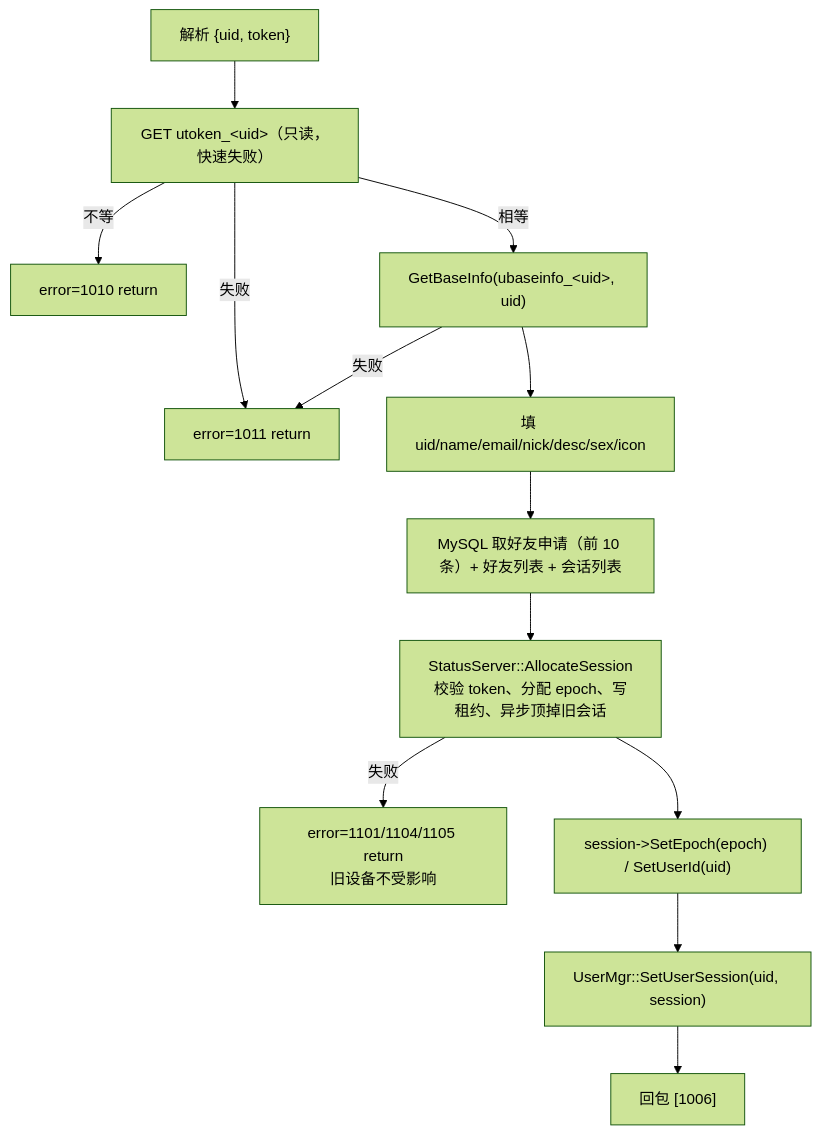
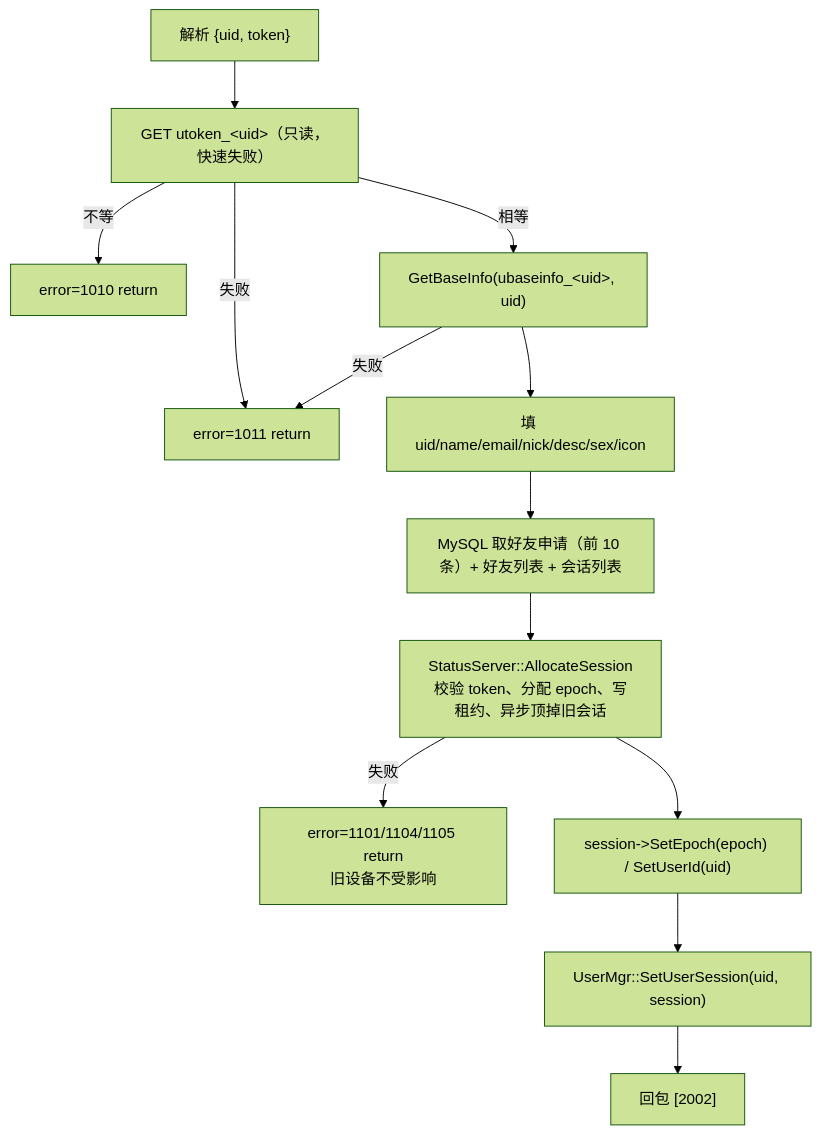
One commit to yrc920/yunjian changed the fourth of 5 diagrams in docs/09-chat-server.md. Above: the diagram before and after it, drawn with Mermaid (forest theme). The commit also changed other lines of this file and 78 other files, not shown here.

````diff
--- a/docs/09-chat-server.md
+++ b/docs/09-chat-server.md
@@ -137,15 +142,15 @@
 ```mermaid
 flowchart TB
     A["解析 {uid, token}"] --> B["GET utoken_#lt;uid#gt;（只读，快速失败）"]
     B -->|失败| E1["error=1011 return"]
     B -->|不等| E2["error=1010 return"]
     B -->|相等| C["GetBaseInfo(ubaseinfo_#lt;uid#gt;, uid)"]
     C -->|失败| E1
     C --> D["填 uid/name/email/nick/desc/sex/icon"]
     D --> F["MySQL 取好友申请（前 10 条）+ 好友列表 + 会话列表"]
     F --> G["StatusServer::AllocateSession<br/>校验 token、分配 epoch、写租约、异步顶掉旧会话"]
     G -->|失败| E3["error=1101/1104/1105 return<br/>旧设备不受影响"]
     G --> H["session->SetEpoch(epoch) / SetUserId(uid)"]
     H --> J["UserMgr::SetUserSession(uid, session)"]
-    J --> K["回包 [1006]"]
+    J --> K["回包 [2002]"]
 ```
````
